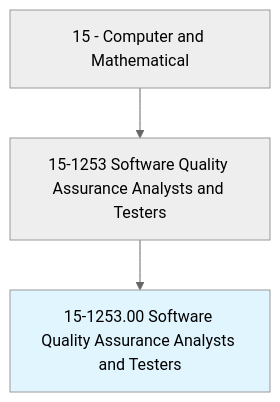
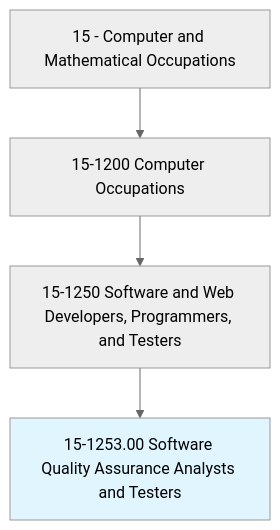
One commit to kziemski/business.org.ai changed the first of 4 diagrams in occupations/Technology/SoftwareQualityAssuranceAnalystsAndTesters.mdx. Above: the diagram before and after it, drawn with Mermaid (neutral theme). The commit also changed other lines of this file and 938 other files, not shown here.

````diff
--- a/occupations/Technology/SoftwareQualityAssuranceAnalystsAndTesters.mdx
+++ b/occupations/Technology/SoftwareQualityAssuranceAnalystsAndTesters.mdx
@@ -19,6 +23,7 @@
 ```mermaid
 graph TD
-    Cat15["15 - Computer and Mathematical"] --> Group151253["15-1253 Software Quality Assurance Analysts and Testers"]
-    Group151253 --> Current["15-1253.00 Software Quality Assurance Analysts and Testers"]
+    Cat15["15 - Computer and Mathematical Occupations"] --> Group1512["15-1200 Computer Occupations"]
+    Group1512 --> Sub1525["15-1250 Software and Web Developers, Programmers, and Testers"]
+    Sub1525 --> Current["15-1253.00 Software Quality Assurance Analysts and Testers"]
     style Current fill:#e1f5fe
 ```
````
